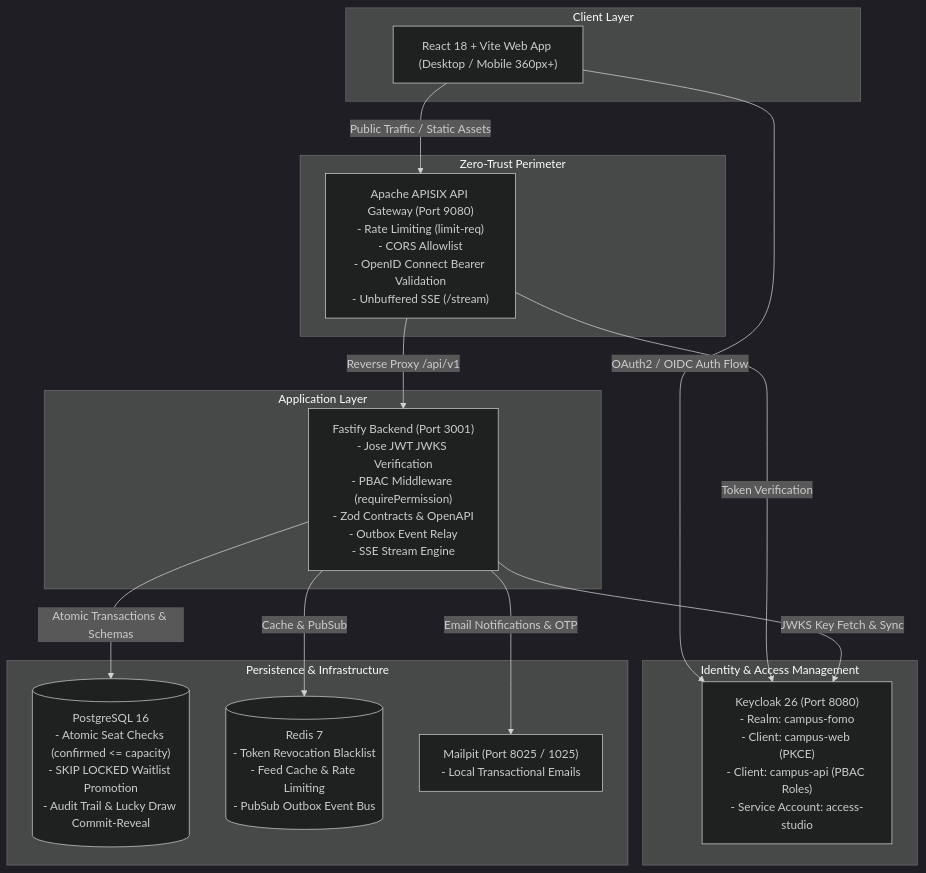
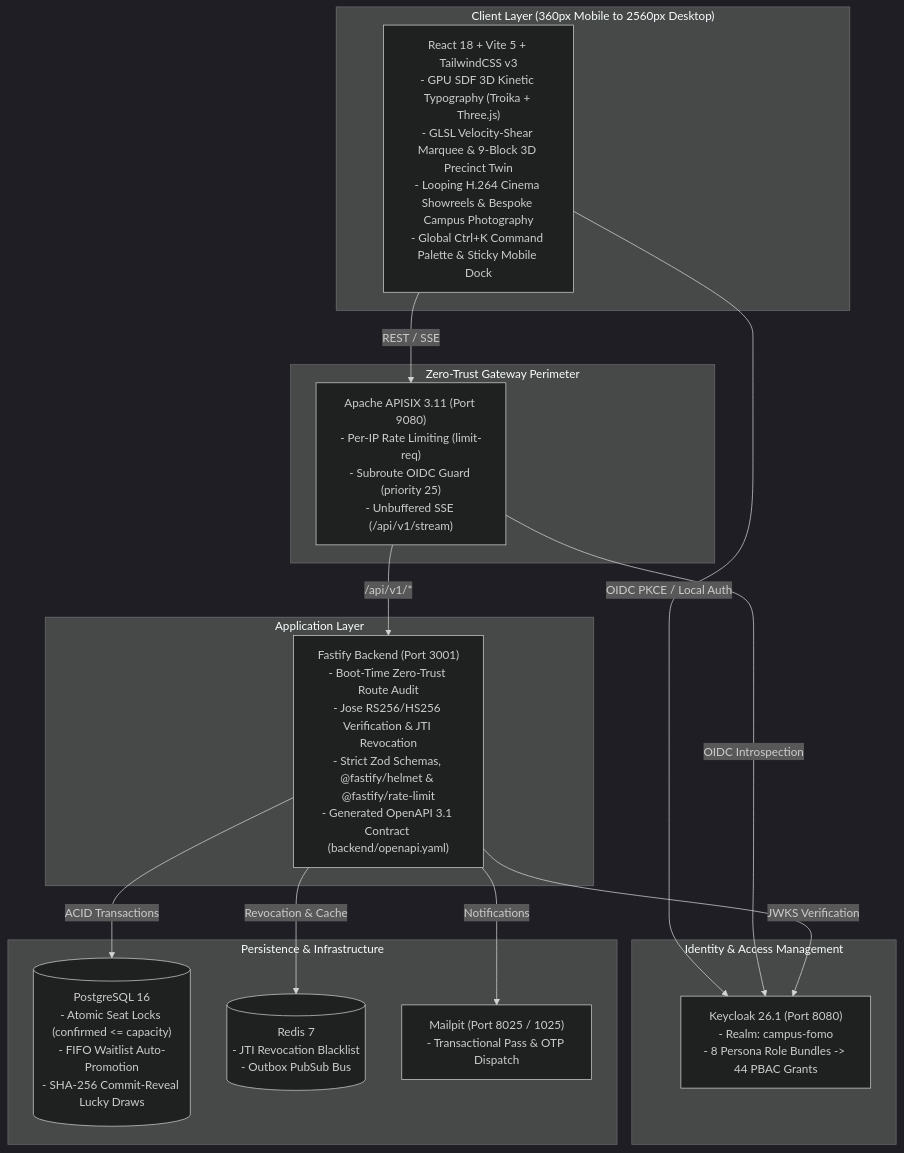
The diagram in README.md (DevanshGupta099/Campus-FOMO), drawn with Mermaid (dark theme) before and after one commit. The commit also changed other lines of this file and 128 other files, not shown here.

Commit message:
feat: ship v3 WebGL concourse UI, cinema reels, PBAC hardening & full docs

````diff
--- a/README.md
+++ b/README.md
@@ -12,33 +12,33 @@
 ```mermaid
 flowchart TD
-    subgraph ClientLayer["Client Layer"]
-        Browser["React 18 + Vite Web App (Desktop / Mobile 360px+)"]
+    subgraph ClientLayer["Client Layer (360px Mobile to 2560px Desktop)"]
+        Browser["React 18 + Vite 5 + TailwindCSS v3\n- GPU SDF 3D Kinetic Typography (Troika + Three.js)\n- GLSL Velocity-Shear Marquee & 9-Block 3D Precinct Twin\n- Looping H.264 Cinema Showreels & Bespoke Campus Photography\n- Global Ctrl+K Command Palette & Sticky Mobile Dock"]
     end
 
-    subgraph Perimeter["Zero-Trust Perimeter"]
-        APISIX["Apache APISIX API Gateway (Port 9080)\n- Rate Limiting (limit-req)\n- CORS Allowlist\n- OpenID Connect Bearer Validation\n- Unbuffered SSE (/stream)"]
+    subgraph Perimeter["Zero-Trust Gateway Perimeter"]
+        APISIX["Apache APISIX 3.11 (Port 9080)\n- Per-IP Rate Limiting (limit-req)\n- Subroute OIDC Guard (priority 25)\n- Unbuffered SSE (/api/v1/stream)"]
     end
 
     subgraph IAM["Identity & Access Management"]
-        KC["Keycloak 26 (Port 8080)\n- Realm: campus-fomo\n- Client: campus-web (PKCE)\n- Client: campus-api (PBAC Roles)\n- Service Account: access-studio"]
+        KC["Keycloak 26.1 (Port 8080)\n- Realm: campus-fomo\n- 8 Persona Role Bundles -> 44 PBAC Grants"]
     end
 
     subgraph BackendLayer["Application Layer"]
-        API["Fastify Backend (Port 3001)\n- Jose JWT JWKS Verification\n- PBAC Middleware (requirePermission)\n- Zod Contracts & OpenAPI\n- Outbox Event Relay\n- SSE Stream Engine"]
+        API["Fastify Backend (Port 3001)\n- Boot-Time Zero-Trust Route Audit\n- Jose RS256/HS256 Verification & JTI Revocation\n- Strict Zod Schemas, @fastify/helmet & @fastify/rate-limit\n- Generated OpenAPI 3.1 Contract (backend/openapi.yaml)"]
     end
 
     subgraph DataLayer["Persistence & Infrastructure"]
-        PG[("PostgreSQL 16\n- Atomic Seat Checks (confirmed <= capacity)\n- SKIP LOCKED Waitlist Promotion\n- Audit Trail & Lucky Draw Commit-Reveal")]
-        RD[("Redis 7\n- Token Revocation Blacklist\n- Feed Cache & Rate Limiting\n- PubSub Outbox Event Bus")]
-        MP["Mailpit (Port 8025 / 1025)\n- Local Transactional Emails"]
+        PG[("PostgreSQL 16\n- Atomic Seat Locks (confirmed <= capacity)\n- FIFO Waitlist Auto-Promotion\n- SHA-256 Commit-Reveal Lucky Draws")]
+        RD[("Redis 7\n- JTI Revocation Blacklist\n- Outbox PubSub Bus")]
+        MP["Mailpit (Port 8025 / 1025)\n- Transactional Pass & OTP Dispatch"]
     end
 
-    Browser -->|Public Traffic / Static Assets| APISIX
-    Browser -->|OAuth2 / OIDC Auth Flow| KC
-    APISIX -->|Token Verification| KC
-    APISIX -->|Reverse Proxy /api/v1| API
-    API -->|JWKS Key Fetch & Sync| KC
-    API -->|Atomic Transactions & Schemas| PG
-    API -->|Cache & PubSub| RD
-    API -->|Email Notifications & OTP| MP
+    Browser -->|REST / SSE| APISIX
+    Browser -->|OIDC PKCE / Local Auth| KC
+    APISIX -->|OIDC Introspection| KC
+    APISIX -->|/api/v1/*| API
+    API -->|JWKS Verification| KC
+    API -->|ACID Transactions| PG
+    API -->|Revocation & Cache| RD
+    API -->|Notifications| MP
 ```
````
